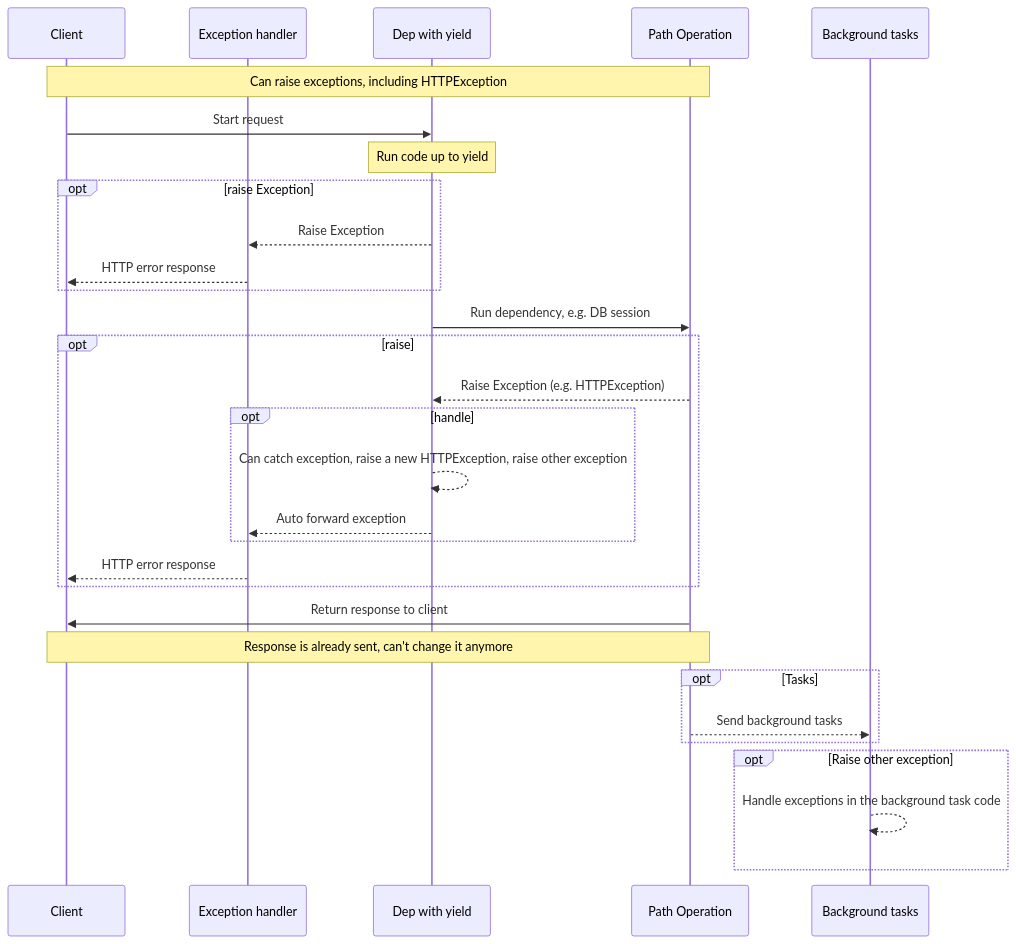
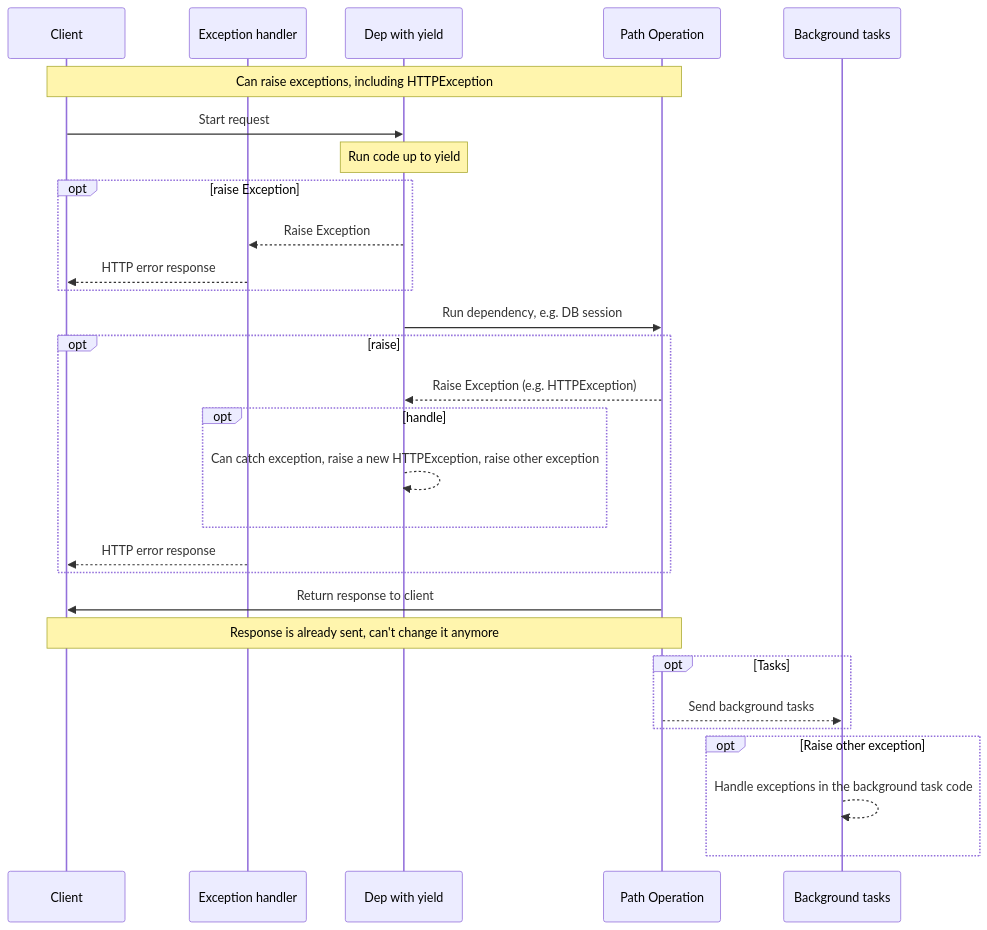
One commit to readyapi/readyapi changed the diagram in docs/en/docs/tutorial/dependencies/dependencies-with-yield.md. Above: the diagram before and after it, drawn with Mermaid. The commit also changed other lines of this file and 892 other files, not shown here.

````diff
--- a/docs/en/docs/tutorial/dependencies/dependencies-with-yield.md
+++ b/docs/en/docs/tutorial/dependencies/dependencies-with-yield.md
@@ -169,35 +226,34 @@
 ```mermaid
 sequenceDiagram
 
 participant client as Client
 participant handler as Exception handler
 participant dep as Dep with yield
 participant operation as Path Operation
 participant tasks as Background tasks
 
     Note over client,operation: Can raise exceptions, including HTTPException
     client ->> dep: Start request
     Note over dep: Run code up to yield
     opt raise Exception
         dep -->> handler: Raise Exception
         handler -->> client: HTTP error response
     end
     dep ->> operation: Run dependency, e.g. DB session
     opt raise
         operation -->> dep: Raise Exception (e.g. HTTPException)
         opt handle
             dep -->> dep: Can catch exception, raise a new HTTPException, raise other exception
-            dep -->> handler: Auto forward exception
         end
         handler -->> client: HTTP error response
     end
 
     operation ->> client: Return response to client
     Note over client,operation: Response is already sent, can't change it anymore
     opt Tasks
         operation -->> tasks: Send background tasks
     end
     opt Raise other exception
         tasks -->> tasks: Handle exceptions in the background task code
     end
 ```
````
